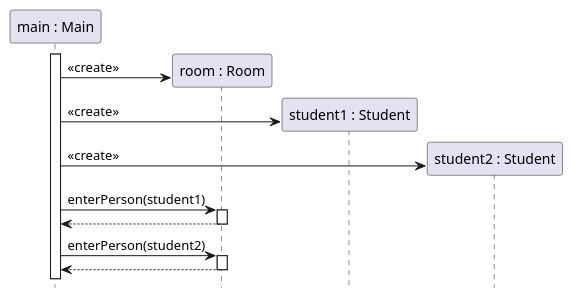
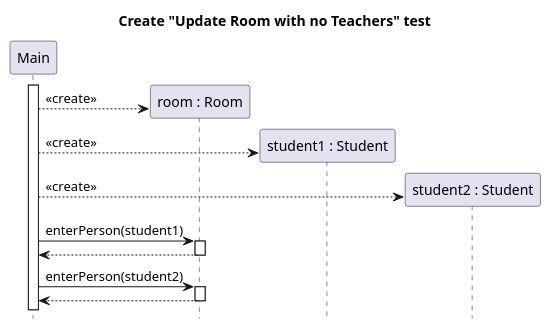
The diagram in docs/diagrams/test-create-sequence/room-update-no-teachers-create.puml (sn4k3ch4rm3r/logarlec), drawn with PlantUML before and after one commit. The commit also changed 20 other files, not shown here.

Commit message:
Fixed initializer sequences

```diff
--- a/docs/diagrams/test-create-sequence/room-update-no-teachers-create.puml
+++ b/docs/diagrams/test-create-sequence/room-update-no-teachers-create.puml
@@ -1,20 +1,21 @@
 @startuml room-update-no-teachers-create
+title Create "Update Room with no Teachers" test
 hide footbox
-participant "main : Main" as main
+participant "Main" as main
 participant "room : Room" as room
 participant "student1 : Student" as stu1
 participant "student2 : Student" as stu2
 
 main++
 create room
-main -> room : <<create>>
+main --> room : <<create>>
 create stu1
-main -> stu1 : <<create>>
+main --> stu1 : <<create>>
 create stu2
-main -> stu2 : <<create>>
+main --> stu2 : <<create>>
 main -> room ++: enterPerson(student1)
 return
 main -> room ++: enterPerson(student2)
 return
 
 @enduml
```
